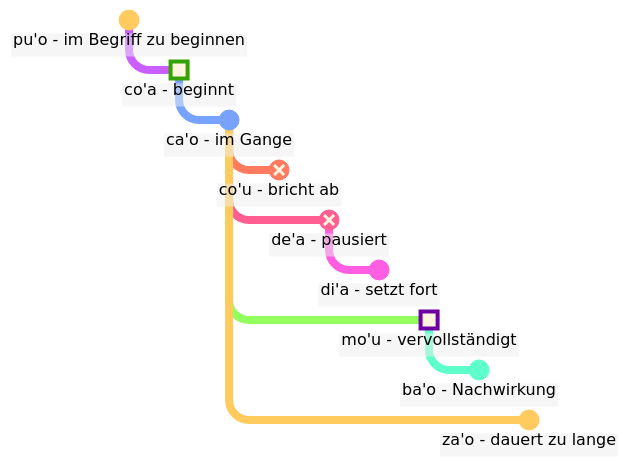
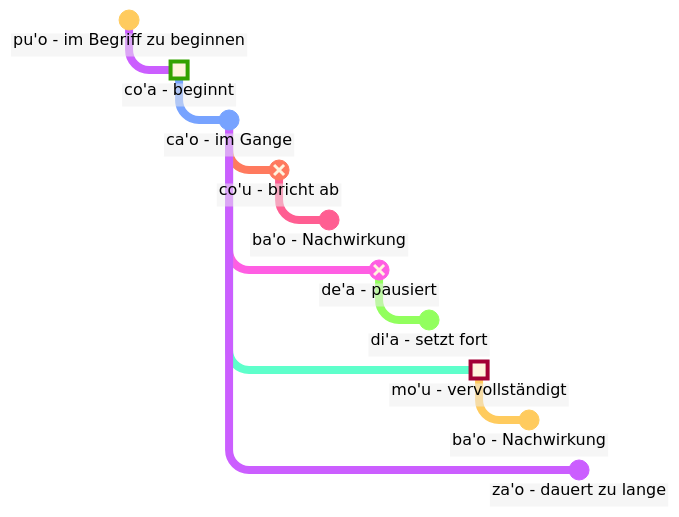
One commit to La-Lojban/lojban.pw changed the diagram in data/pages/de/books/learn-lojban/6.md. Above: the diagram before and after it, drawn with Mermaid. The commit also changed other lines of this file and 24 other files, not shown here.

````diff
--- a/data/pages/de/books/learn-lojban/6.md
+++ b/data/pages/de/books/learn-lojban/6.md
@@ -547,57 +560,61 @@
 ```mermaid
 %%{
     init: {
         'logLevel': 'debug',
         'theme': 'base',
         'themeVariables': {
                 'commitLabelColor': '#000',
                 'commitLabelBackground': '#eee',
                 'commitLabelFontSize': '16px',
                 'tagLabelFontSize': '14px'
         },
         'htmlLabels': true,
         'gitGraph': {
             'showCommitLabel':true,
             'mainBranchName': 'event',
             'rotateCommitLabel': false,
             'showBranches': false
         }
     }
 }%%
 
 gitGraph
     checkout event
     commit id: "pu'o - im Begriff zu beginnen"
 
     checkout event
     branch start
     commit id: "co'a - beginnt" type:HIGHLIGHT
 
     checkout start
     branch progress
     commit id: "ca'o - im Gange"
 
     checkout progress
     branch stop
     commit id: "co'u - bricht ab" type: REVERSE
 
+    checkout stop
+    branch aftermathStop
+    commit id: "ba'o - Nachwirkung "
+
     checkout progress
     branch "pause"
     commit id: "de'a - pausiert" type: REVERSE
 
     checkout "pause"
     branch resume
     commit id: "di'a - setzt fort"
 
     checkout progress
     branch completion
     commit id: "mo'u - vervollständigt" type: HIGHLIGHT
 
     checkout completion
     branch aftermath
     commit id: "ba'o - Nachwirkung"
 
     checkout progress
     branch overdue
     commit id: "za'o - dauert zu lange"
 ```
````
